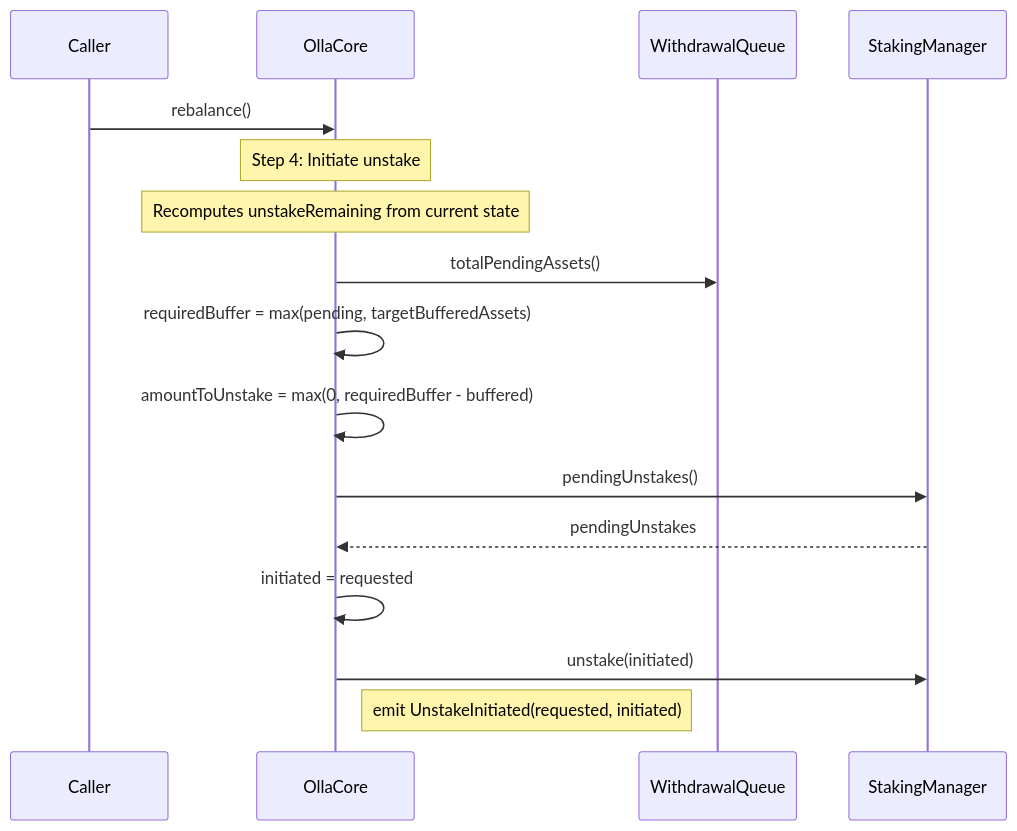
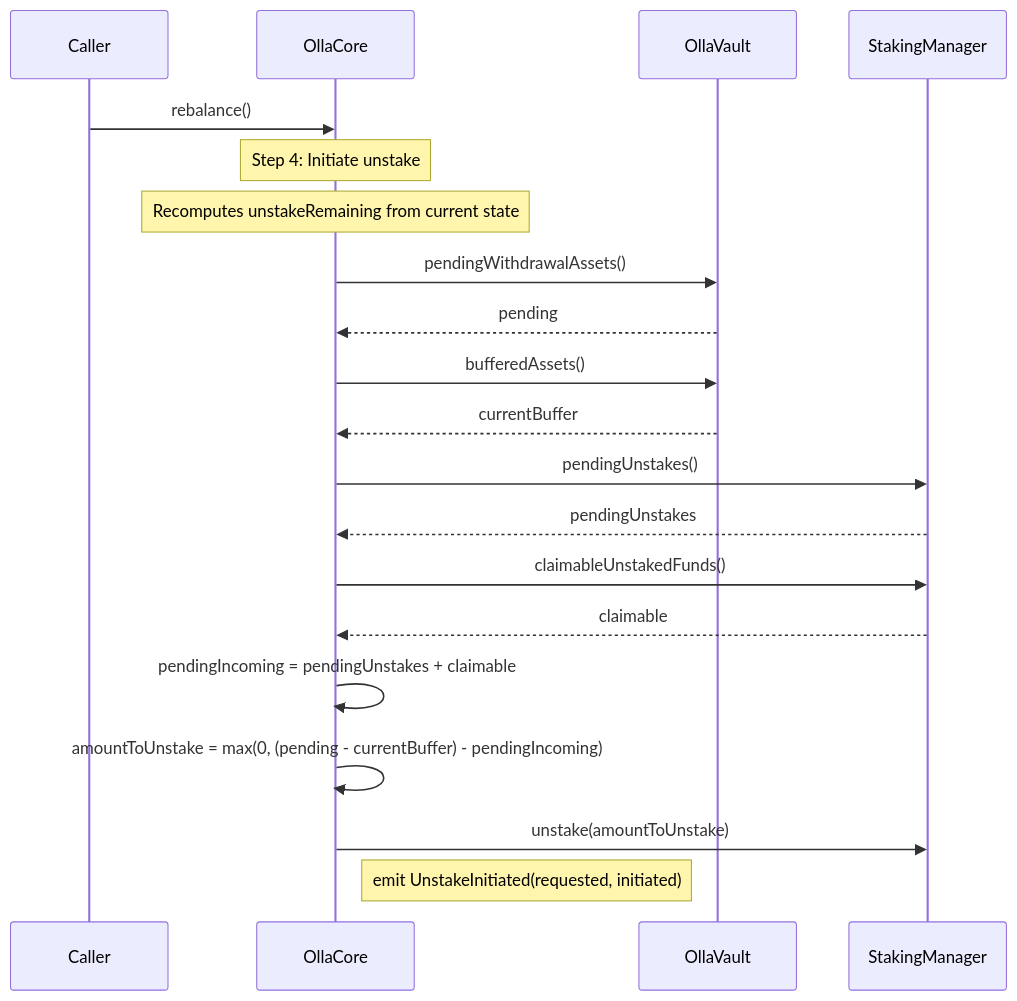
One commit to ollafinance/core changed the sixth of 10 diagrams in docs/architecture/operator-actions.md. Above: the diagram before and after it, drawn with Mermaid. The commit also changed other lines of this file and 180 other files, not shown here.

````diff
--- a/docs/architecture/operator-actions.md
+++ b/docs/architecture/operator-actions.md
@@ -144,19 +149,23 @@
 ```mermaid
 sequenceDiagram
     participant A as Caller
     participant C as OllaCore
-    participant WQ as WithdrawalQueue
+    participant V as OllaVault
     participant SM as StakingManager
 
     A->>C: rebalance()
     Note over C: Step 4: Initiate unstake
     Note over C: Recomputes unstakeRemaining from current state
-    C->>WQ: totalPendingAssets()
-    C->>C: requiredBuffer = max(pending, targetBufferedAssets)
-    C->>C: amountToUnstake = max(0, requiredBuffer - buffered)
+    C->>V: pendingWithdrawalAssets()
+    V-->>C: pending
+    C->>V: bufferedAssets()
+    V-->>C: currentBuffer
     C->>SM: pendingUnstakes()
     SM-->>C: pendingUnstakes
-    C->>C: initiated = requested
-    C->>SM: unstake(initiated)
+    C->>SM: claimableUnstakedFunds()
+    SM-->>C: claimable
+    C->>C: pendingIncoming = pendingUnstakes + claimable
+    C->>C: amountToUnstake = max(0, (pending - currentBuffer) - pendingIncoming)
+    C->>SM: unstake(amountToUnstake)
     Note right of C: emit UnstakeInitiated(requested, initiated)
 ```
````
